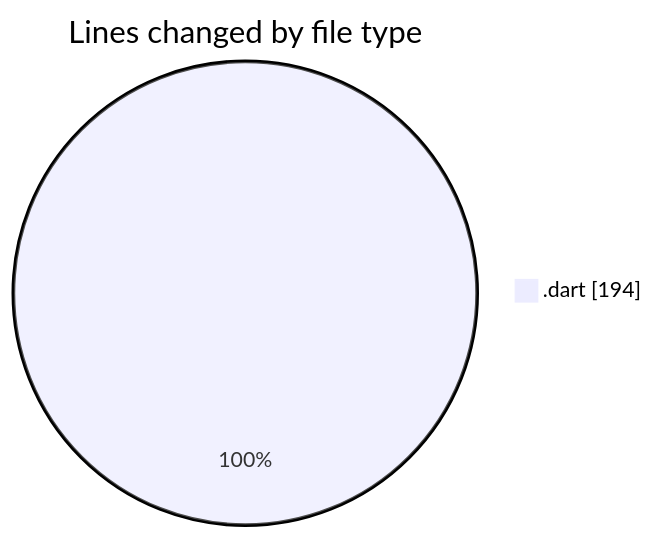
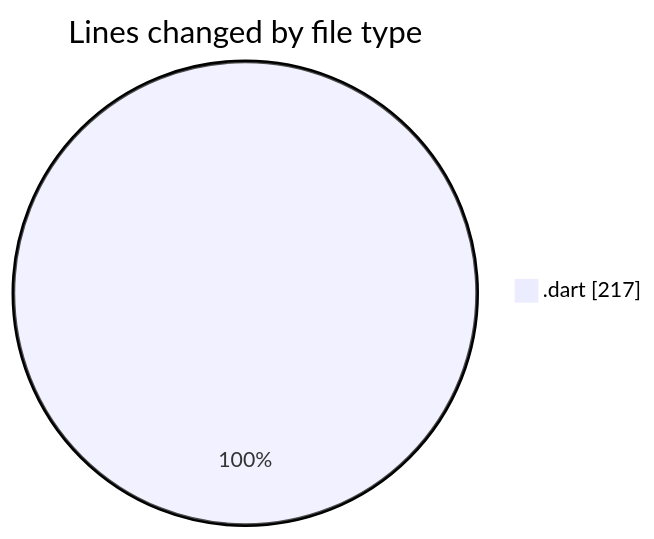
One commit to lephambinh05/code-tracking changed the first of 2 diagrams in 2025-08-05/studybuddy/README.md. Above: the diagram before and after it, drawn with Mermaid. The commit also changed other lines of this file and 1 other file, not shown here.

````diff
--- a/2025-08-05/studybuddy/README.md
+++ b/2025-08-05/studybuddy/README.md
@@ -23,5 +24,5 @@
 ```mermaid
 pie showData
 title Lines changed by file type
-".dart" : 194
+".dart" : 217
 ```
````
